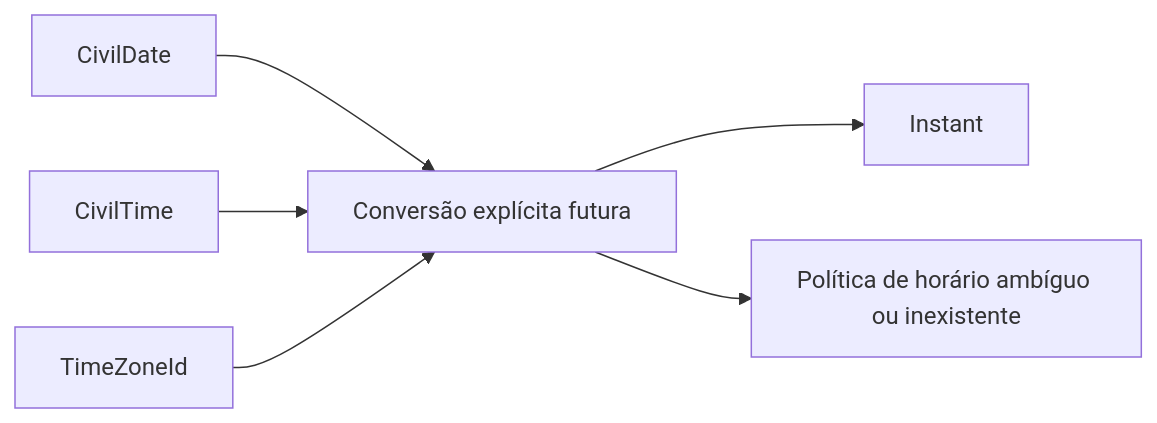
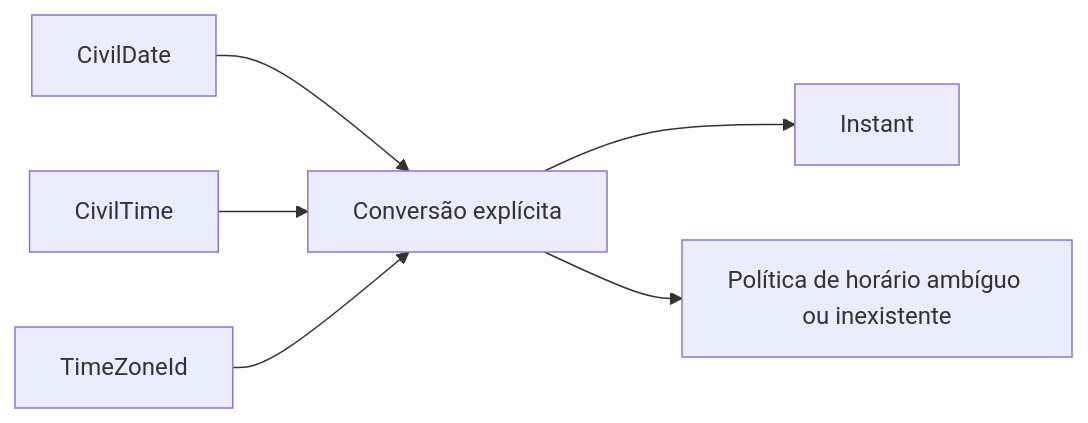
Before and after one commit to MauricioGomes02/servir: the diagram in docs/primitives/civil-temporal-values.md, drawn with Mermaid. The commit also changed other lines of this file and 29 other files, not shown here.

````diff
--- a/docs/primitives/civil-temporal-values.md
+++ b/docs/primitives/civil-temporal-values.md
@@ -28,8 +28,8 @@
 ```mermaid
 flowchart LR
-    D[CivilDate] --> C[Conversão explícita futura]
+    D[CivilDate] --> C[Conversão explícita]
     T[CivilTime] --> C
     Z[TimeZoneId] --> C
     C --> I[Instant]
     C --> X[Política de horário ambíguo ou inexistente]
 ```
````
